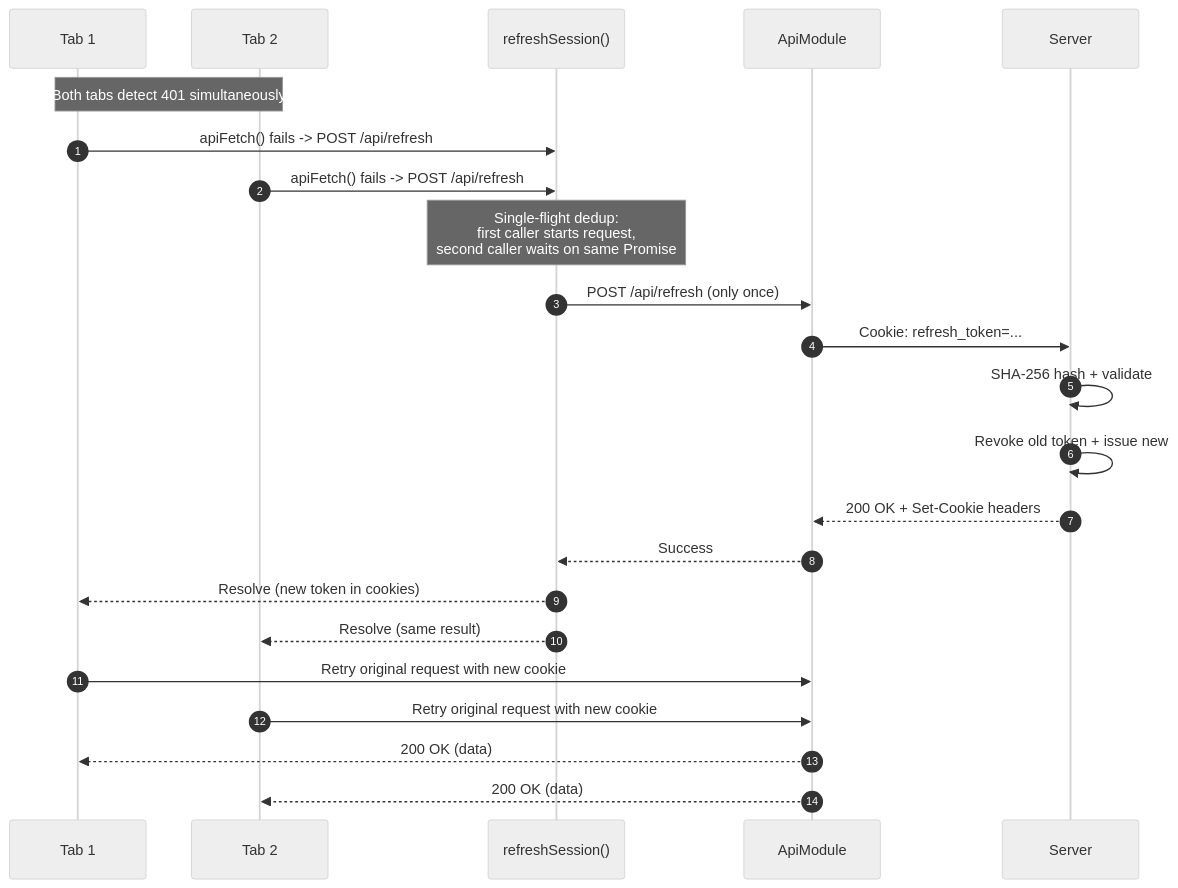
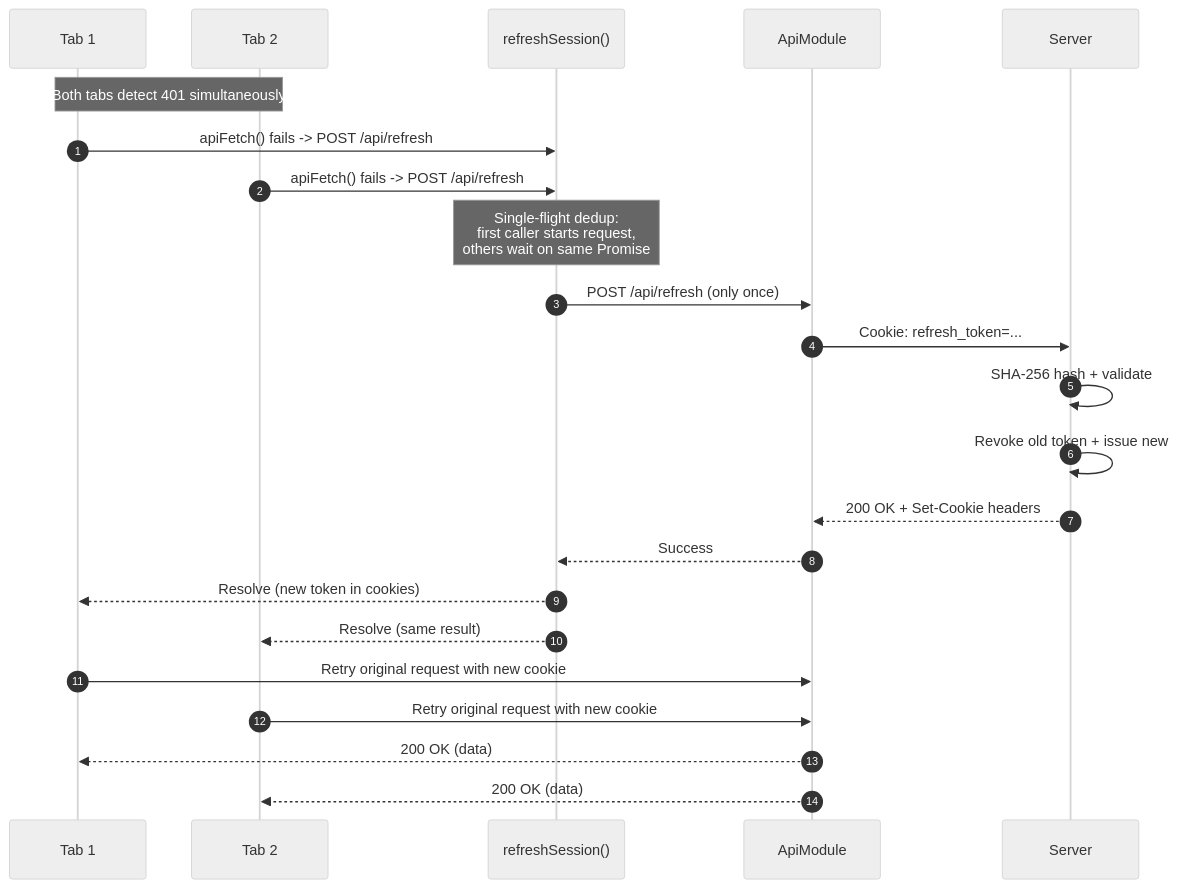
Before and after one commit to Zuhir-Benslama/NARS: the sixth of 6 diagrams in docs/uml/nars-vite-sequence-diagram.md, drawn with Mermaid (neutral theme). The commit also changed other lines of this file and 54 other files, not shown here.

````diff
--- a/docs/uml/nars-vite-sequence-diagram.md
+++ b/docs/uml/nars-vite-sequence-diagram.md
@@ -299,31 +299,31 @@
 ```mermaid
 sequenceDiagram
     autonumber
     participant Tab1 as Tab 1
     participant Tab2 as Tab 2
     participant refreshPromise as refreshSession()
     participant ApiModule
     participant Server
 
     Note over Tab1,Tab2: Both tabs detect 401 simultaneously
 
     Tab1->>refreshPromise: apiFetch() fails -> POST /api/refresh
     Tab2->>refreshPromise: apiFetch() fails -> POST /api/refresh
 
-    Note over refreshPromise: Single-flight dedup:<br/>first caller starts request,<br/>second caller waits on same Promise
+    Note over refreshPromise: Single-flight dedup:<br/>first caller starts request,<br/>others wait on same Promise
 
     refreshPromise->>ApiModule: POST /api/refresh (only once)
     ApiModule->>Server: Cookie: refresh_token=...
     Server->>Server: SHA-256 hash + validate
     Server->>Server: Revoke old token + issue new
     Server-->>ApiModule: 200 OK + Set-Cookie headers
     ApiModule-->>refreshPromise: Success
 
     refreshPromise-->>Tab1: Resolve (new token in cookies)
     refreshPromise-->>Tab2: Resolve (same result)
 
     Tab1->>ApiModule: Retry original request with new cookie
     Tab2->>ApiModule: Retry original request with new cookie
     ApiModule-->>Tab1: 200 OK (data)
     ApiModule-->>Tab2: 200 OK (data)
 ```
````
